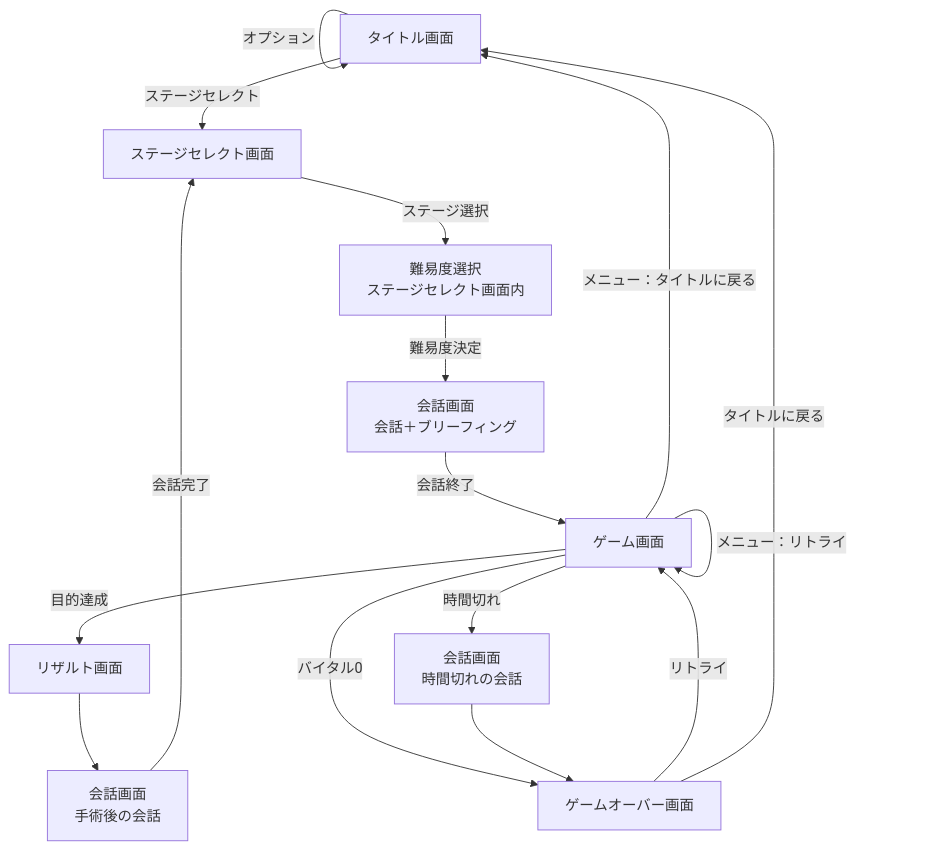
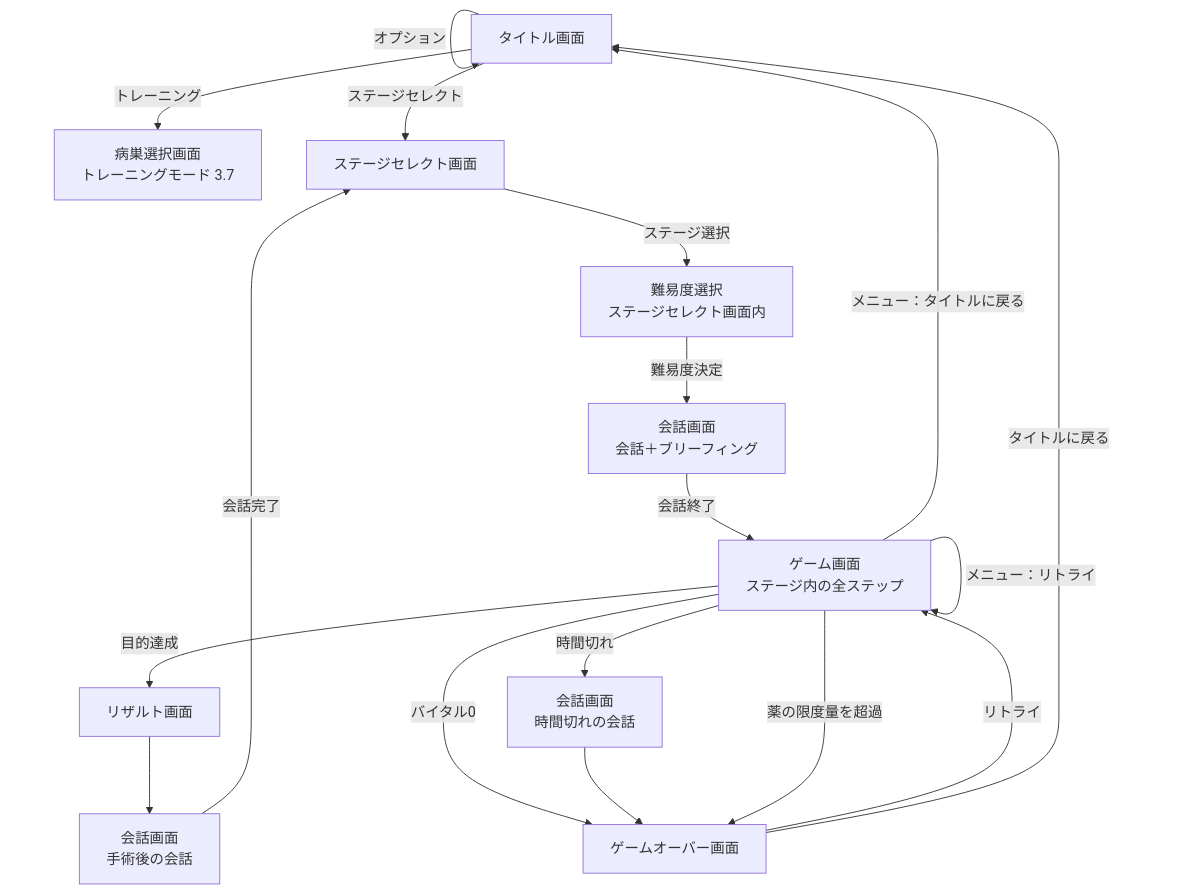
Before and after one commit to shuokitsu/OperationTrauma: the first of 3 diagrams in spec/02_screens.md, drawn with Mermaid. The commit also changed other lines of this file and 14 other files, not shown here.

````diff
--- a/spec/02_screens.md
+++ b/spec/02_screens.md
@@ -19,17 +22,19 @@
 ```mermaid
 flowchart TD
     Title[タイトル画面] -->|ステージセレクト| Select[ステージセレクト画面]
     Title -->|オプション| Title
+    Title -->|トレーニング| Training[病巣選択画面<br>トレーニングモード 3.7]
     Select -->|ステージ選択| Diff[難易度選択<br>ステージセレクト画面内]
     Diff -->|難易度決定| TalkBefore[会話画面<br>会話＋ブリーフィング]
-    TalkBefore -->|会話終了| Game[ゲーム画面]
+    TalkBefore -->|会話終了| Game[ゲーム画面<br>ステージ内の全ステップ]
     Game -->|目的達成| Result[リザルト画面]
     Game -->|バイタル0| Over[ゲームオーバー画面]
     Game -->|時間切れ| TalkTimeUp[会話画面<br>時間切れの会話] --> Over
+    Game -->|薬の限度量を超過| Over
     Game -->|メニュー：リトライ| Game
     Game -->|メニュー：タイトルに戻る| Title
     Over -->|リトライ| Game
     Over -->|タイトルに戻る| Title
     Result --> TalkAfter[会話画面<br>手術後の会話]
     TalkAfter -->|会話完了| Select
 ```
````
